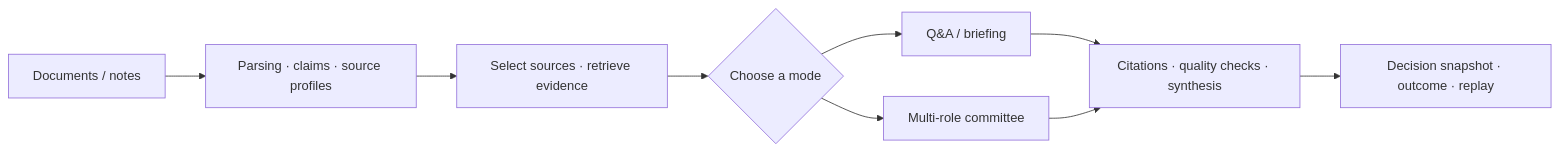
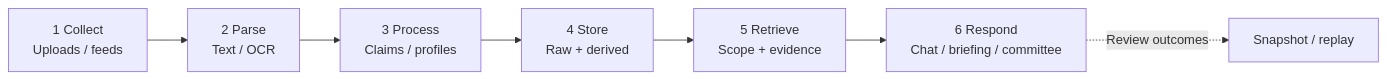
Before and after one commit to Gdnbit/thinkroom: the diagram in README_EN.md, drawn with Mermaid. The commit also changed other lines of this file and 8 other files, not shown here.

````diff
--- a/README_EN.md
+++ b/README_EN.md
@@ -27,11 +31,9 @@
 ```mermaid
 flowchart LR
-    A["Documents / notes"] --> B["Parsing · claims · source profiles"]
-    B --> C["Select sources · retrieve evidence"]
-    C --> D{"Choose a mode"}
-    D --> E["Q&A / briefing"]
-    D --> F["Multi-role committee"]
-    E --> G["Citations · quality checks · synthesis"]
-    F --> G
-    G --> H["Decision snapshot · outcome · replay"]
+    A["1 Collect<br/>Uploads / feeds"] --> B["2 Parse<br/>Text / OCR"]
+    B --> C["3 Process<br/>Claims / profiles"]
+    C --> D["4 Store<br/>Raw + derived"]
+    D --> E["5 Retrieve<br/>Scope + evidence"]
+    E --> F["6 Respond<br/>Chat / briefing / committee"]
+    F -. "Review outcomes" .-> G["Snapshot / replay"]
 ```
````
